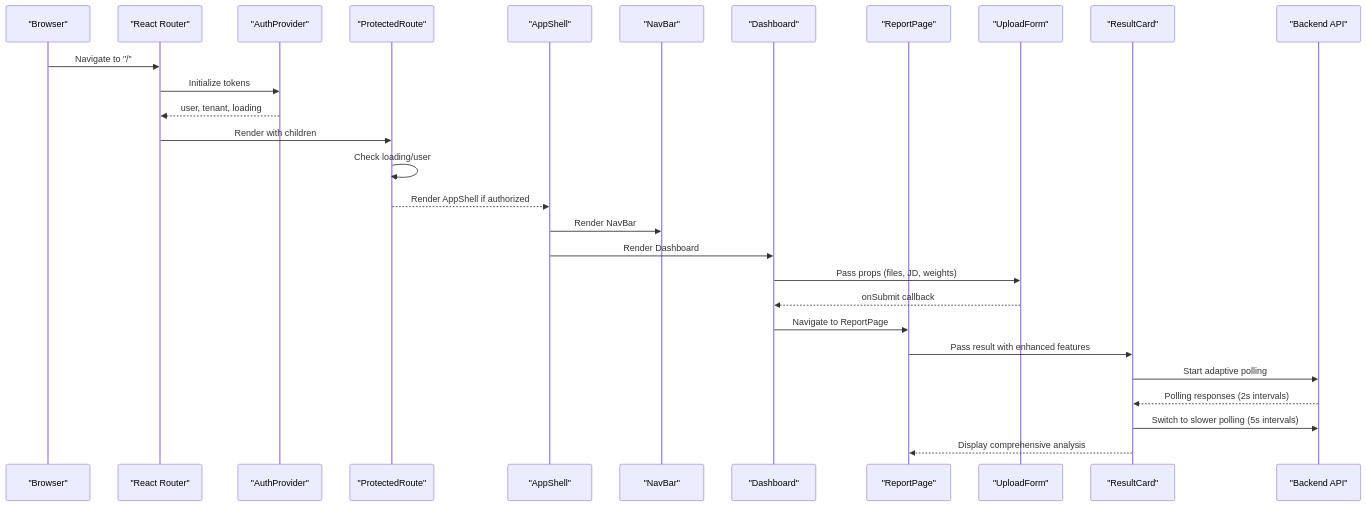
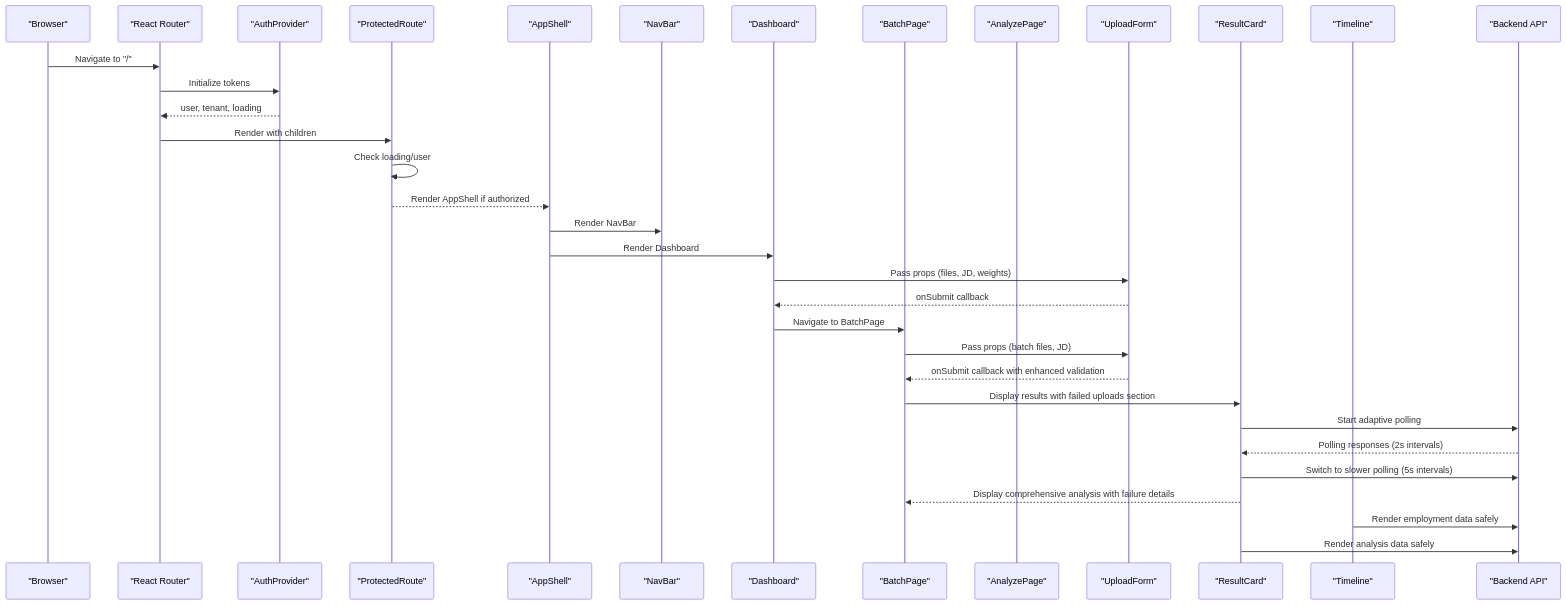
Before and after one commit to Revanththetalogics/aireume: the second of 6 diagrams in .qoder/repowiki/en/content/Frontend Architecture/Component Library.md, drawn with Mermaid. The commit also changed other lines of this file and 61 other files, not shown here.

````diff
--- a/.qoder/repowiki/en/content/Frontend Architecture/Component Library.md
+++ b/.qoder/repowiki/en/content/Frontend Architecture/Component Library.md
@@ -128,30 +162,36 @@
 ```mermaid
 sequenceDiagram
 participant Browser as "Browser"
 participant Router as "React Router"
 participant Auth as "AuthProvider"
 participant Guard as "ProtectedRoute"
 participant Shell as "AppShell"
 participant Nav as "NavBar"
 participant Page as "Dashboard"
-participant Report as "ReportPage"
+participant Batch as "BatchPage"
+participant Analyze as "AnalyzePage"
 participant Form as "UploadForm"
 participant Result as "ResultCard"
+participant Timeline as "Timeline"
 participant Backend as "Backend API"
 Browser->>Router : Navigate to "/"
 Router->>Auth : Initialize tokens
 Auth-->>Router : user, tenant, loading
 Router->>Guard : Render with children
 Guard->>Guard : Check loading/user
 Guard-->>Shell : Render AppShell if authorized
 Shell->>Nav : Render NavBar
 Shell->>Page : Render Dashboard
 Page->>Form : Pass props (files, JD, weights)
 Form-->>Page : onSubmit callback
-Page->>Report : Navigate to ReportPage
-Report->>Result : Pass result with enhanced features
+Page->>Batch : Navigate to BatchPage
+Batch->>Form : Pass props (batch files, JD)
+Form-->>Batch : onSubmit callback with enhanced validation
+Batch->>Result : Display results with failed uploads section
 Result->>Backend : Start adaptive polling
 Backend-->>Result : Polling responses (2s intervals)
 Result->>Backend : Switch to slower polling (5s intervals)
-Result-->>Report : Display comprehensive analysis
+Result-->>Batch : Display comprehensive analysis with failure details
+Timeline->>Backend : Render employment data safely
+Result->>Backend : Render analysis data safely
 ```
````
